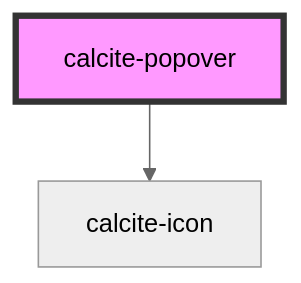
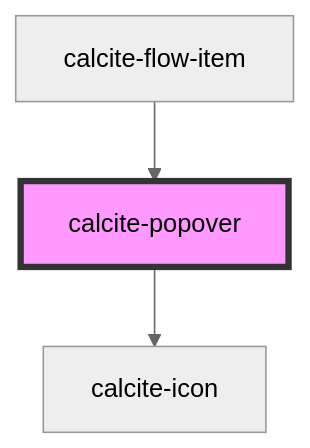
One commit to vikivakarvc/calcite-design-system changed the diagram in src/components/calcite-popover/readme.md. Above: the diagram before and after it, drawn with Mermaid (neutral theme). The commit also changed other lines of this file and 292 other files, not shown here.

````diff
--- a/src/components/calcite-popover/readme.md
+++ b/src/components/calcite-popover/readme.md
@@ -96,5 +100,6 @@
 ```mermaid
 graph TD;
   calcite-popover --> calcite-icon
+  calcite-flow-item --> calcite-popover
   style calcite-popover fill:#f9f,stroke:#333,stroke-width:4px
 ```
````
